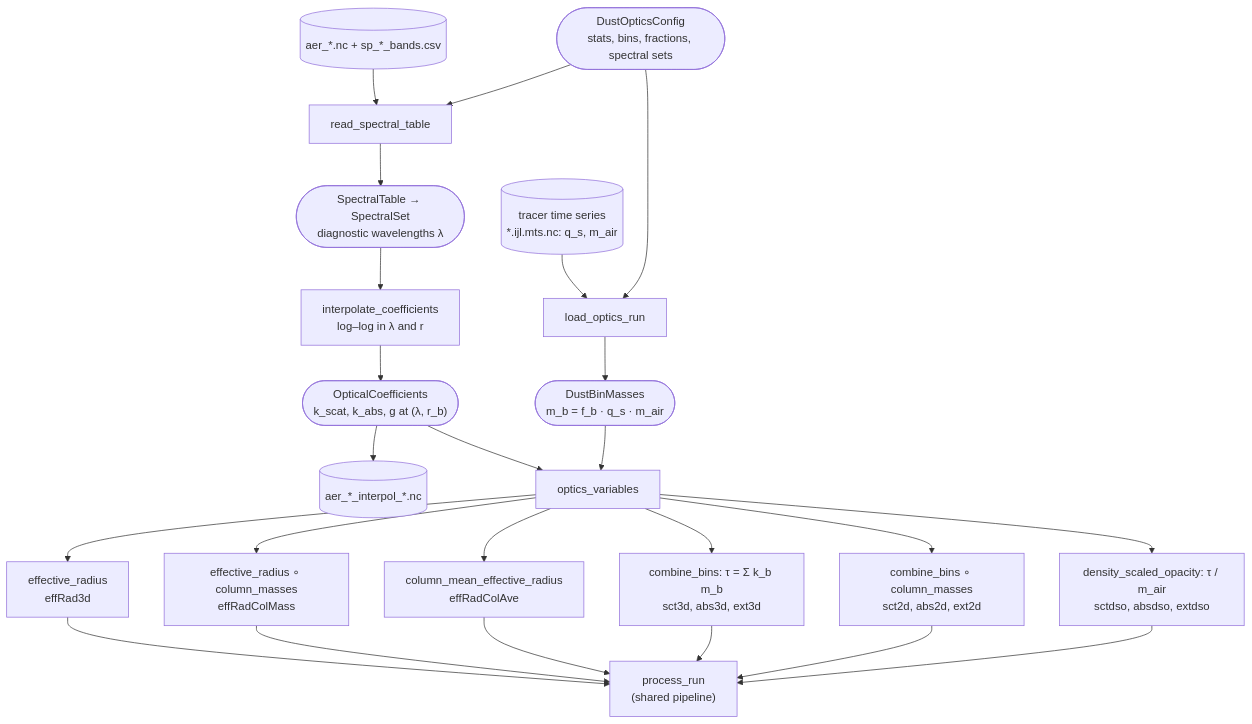
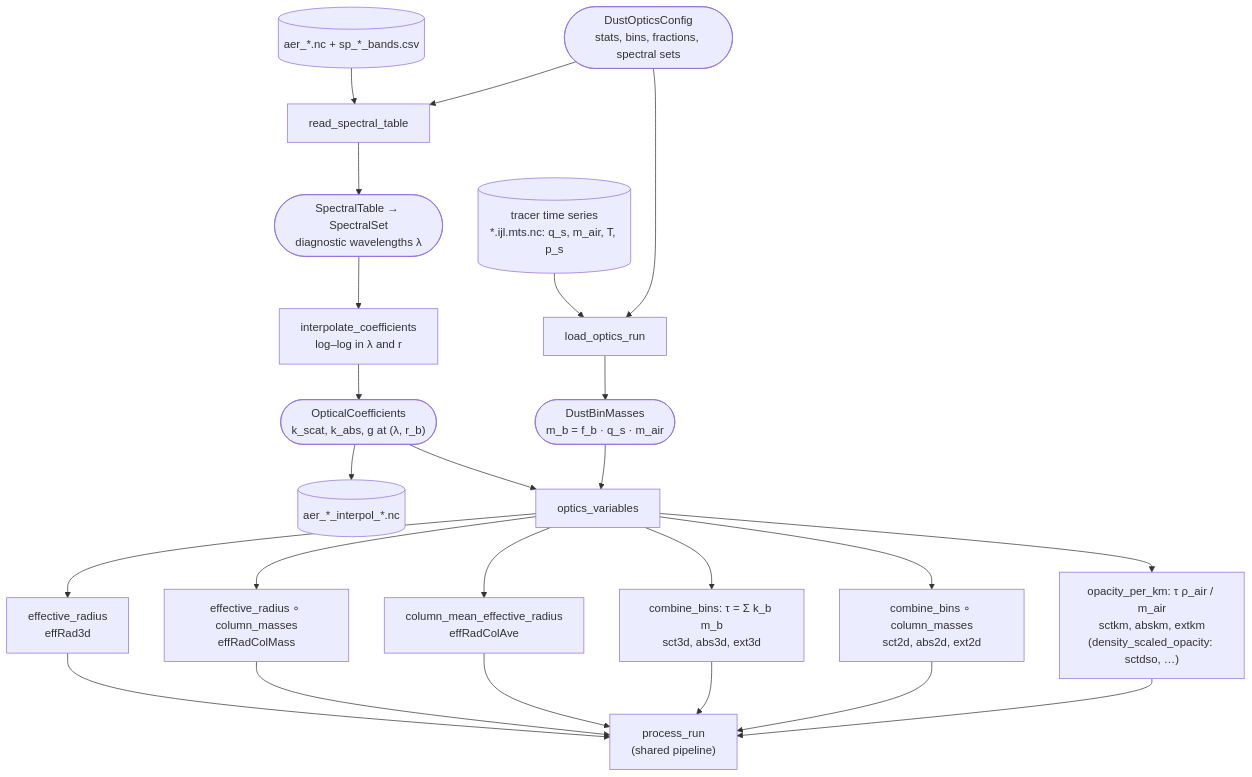
Before and after one commit to caprrepos/PlanetPostStats.jl: the third of 5 diagrams in docs/src/flowcharts.md, drawn with Mermaid. The commit also changed other lines of this file and 7 other files, not shown here.

First line of the commit message:
DustOptics: opacity per km of the layers (default), density-scaled opacity optional

````diff
--- a/docs/src/flowcharts.md
+++ b/docs/src/flowcharts.md
@@ -70,31 +70,31 @@
 ```mermaid
 flowchart TD
     CFG(["DustOpticsConfig<br/>stats, bins, fractions, spectral sets"])
     SP[("aer_*.nc + sp_*_bands.csv")]
     RST["read_spectral_table"]
     ST(["SpectralTable → SpectralSet<br/>diagnostic wavelengths λ"])
     IC["interpolate_coefficients<br/>log–log in λ and r"]
     OC(["OpticalCoefficients<br/>k_scat, k_abs, g at (λ, r_b)"])
     CF[("aer_*_interpol_*.nc")]
-    MTS[("tracer time series<br/>*.ijl.mts.nc: q_s, m_air")]
+    MTS[("tracer time series<br/>*.ijl.mts.nc: q_s, m_air, T, p_s")]
     LOR["load_optics_run"]
     DBM(["DustBinMasses<br/>m_b = f_b · q_s · m_air"])
     OV["optics_variables"]
     R3["effective_radius<br/>effRad3d"]
     RC["effective_radius ∘ column_masses<br/>effRadColMass"]
     RA["column_mean_effective_radius<br/>effRadColAve"]
     T3["combine_bins: τ = Σ k_b m_b<br/>sct3d, abs3d, ext3d"]
     T2["combine_bins ∘ column_masses<br/>sct2d, abs2d, ext2d"]
-    DS["density_scaled_opacity: τ / m_air<br/>sctdso, absdso, extdso"]
+    DS["opacity_per_km: τ ρ_air / m_air<br/>sctkm, abskm, extkm<br/>(density_scaled_opacity: sctdso, …)"]
     PR["process_run<br/>(shared pipeline)"]
 
     SP --> RST --> ST --> IC --> OC
     CFG --> RST
     OC --> CF
     MTS --> LOR --> DBM
     CFG --> LOR
     DBM --> OV
     OC --> OV
     OV --> R3 & RC & RA & T3 & T2 & DS
     R3 & RC & RA & T3 & T2 & DS --> PR
 ```
````
